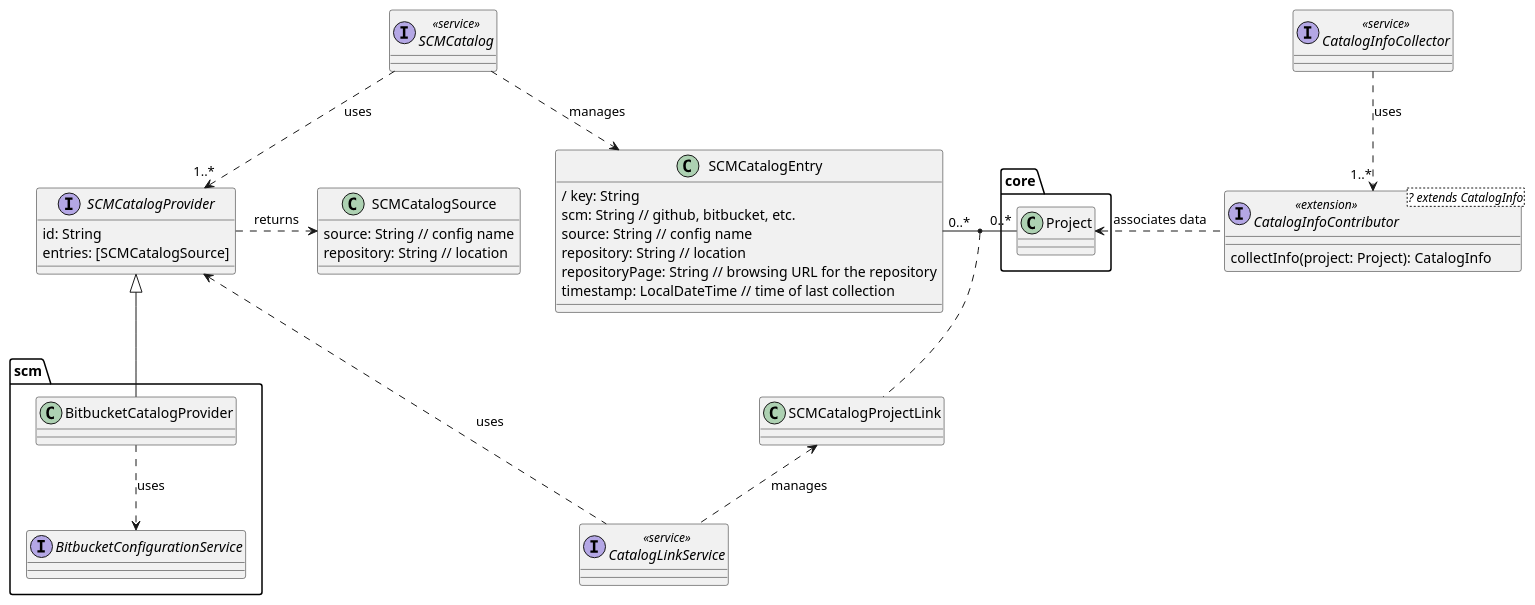
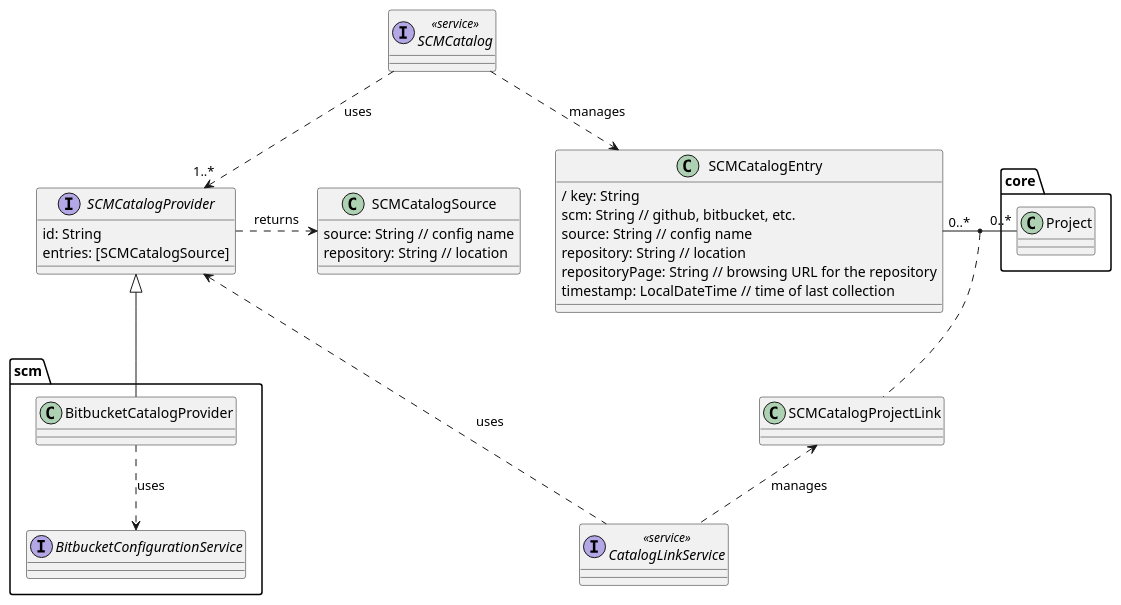
Before and after one commit to nemerosa/ontrack: the diagram in ontrack-docs/src/docs/asciidoc/catalog-model.puml, drawn with PlantUML. The commit also changed 8 other files, not shown here.

```diff
--- a/ontrack-docs/src/docs/asciidoc/catalog-model.puml
+++ b/ontrack-docs/src/docs/asciidoc/catalog-model.puml
@@ -1,65 +1,55 @@
 @startuml
 
 package core {
     class Project
 }
 
 interface SCMCatalogProvider {
     id: String
     entries: [SCMCatalogSource]
 }
 
 interface SCMCatalog <<service>>
 
 SCMCatalog ..> SCMCatalogEntry: manages
 
 SCMCatalog ..> SCMCatalogProvider: uses "1..*"
 
 class SCMCatalogSource {
     source: String // config name
     repository: String // location
 }
 
 SCMCatalogProvider .right.> SCMCatalogSource: returns
 
 class SCMCatalogEntry {
     / key: String
     scm: String // github, bitbucket, etc.
     source: String // config name
     repository: String // location
     repositoryPage: String // browsing URL for the repository
     timestamp: LocalDateTime // time of last collection
 }
 
 class SCMCatalogProjectLink
 
 
 SCMCatalogEntry "0..*" - "0..*" Project
 
 (SCMCatalogEntry, Project) .. SCMCatalogProjectLink
 
 interface CatalogLinkService <<service>>
 
 CatalogLinkService .up.> SCMCatalogProjectLink: manages
 
 CatalogLinkService .up.> SCMCatalogProvider: uses
 
-interface CatalogInfoContributor<? extends CatalogInfo> <<extension>> {
-    collectInfo(project: Project): CatalogInfo
-}
-
-CatalogInfoContributor .left.> Project: associates data
-
-interface CatalogInfoCollector <<service>>
-
-CatalogInfoCollector ..> CatalogInfoContributor: uses "1..*"
-
 package scm {
     interface BitbucketConfigurationService
     class BitbucketCatalogProvider
 
     BitbucketCatalogProvider -up-|> SCMCatalogProvider
     BitbucketCatalogProvider .down.> BitbucketConfigurationService: uses
 }
 
 @enduml
```
